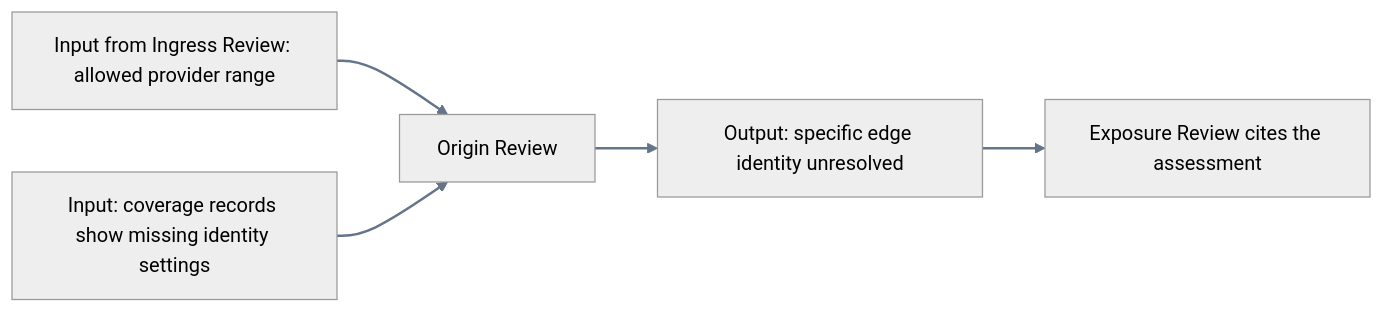
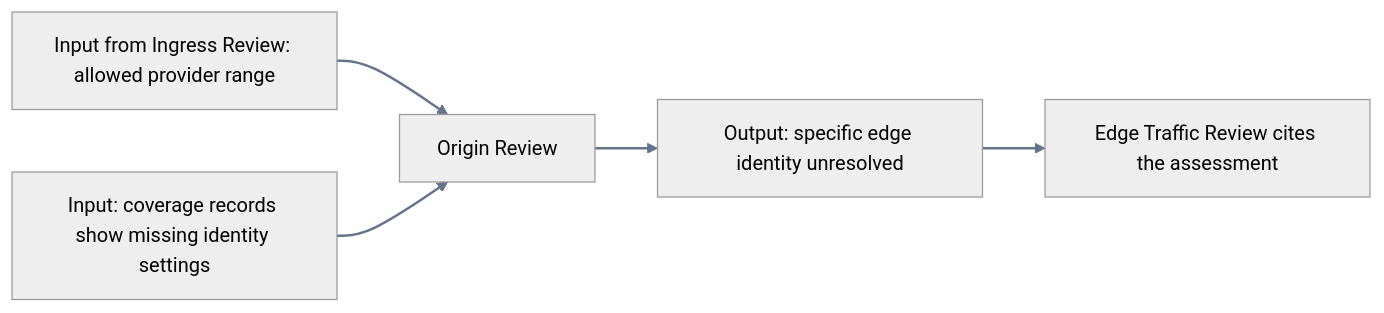
The diagram in research/_references/diagrams/schema/02-example-origin-identity-is-unresolved.mmd (phil-markarian/pensys), drawn with Mermaid (neutral theme) before and after one commit. The commit also changed 29 other files, not shown here.

```diff
--- a/research/_references/diagrams/schema/02-example-origin-identity-is-unresolved.mmd
+++ b/research/_references/diagrams/schema/02-example-origin-identity-is-unresolved.mmd
@@ -1,6 +1,6 @@
 flowchart LR
     config["Input from Ingress Review: allowed provider range"] --> origin["Origin Review"]
     gap["Input: coverage records show missing identity settings"] --> origin
     origin --> result["Output: specific edge identity unresolved"]
-    result --> exposure["Exposure Review cites the assessment"]
+    result --> exposure["Edge Traffic Review cites the assessment"]
     linkStyle default stroke:#64748b,stroke-width:2px
```
